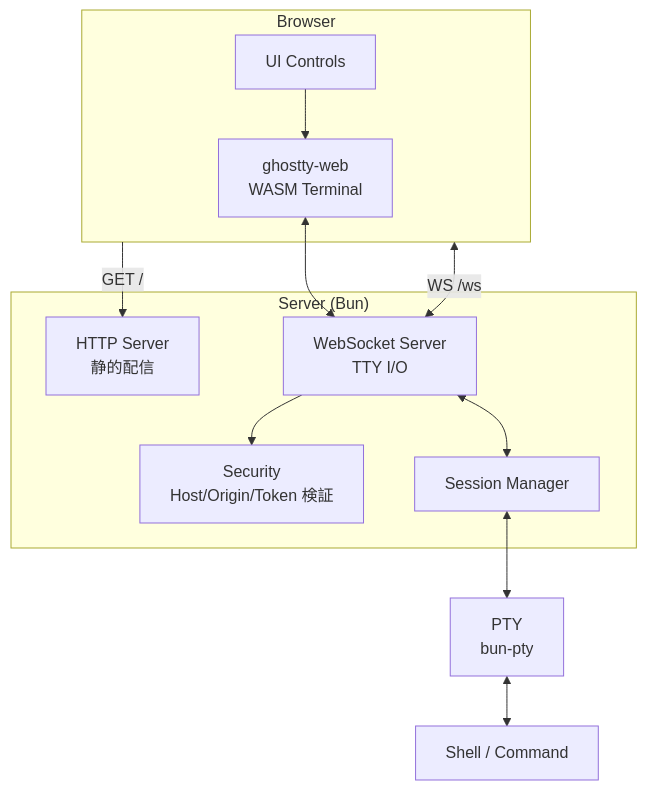
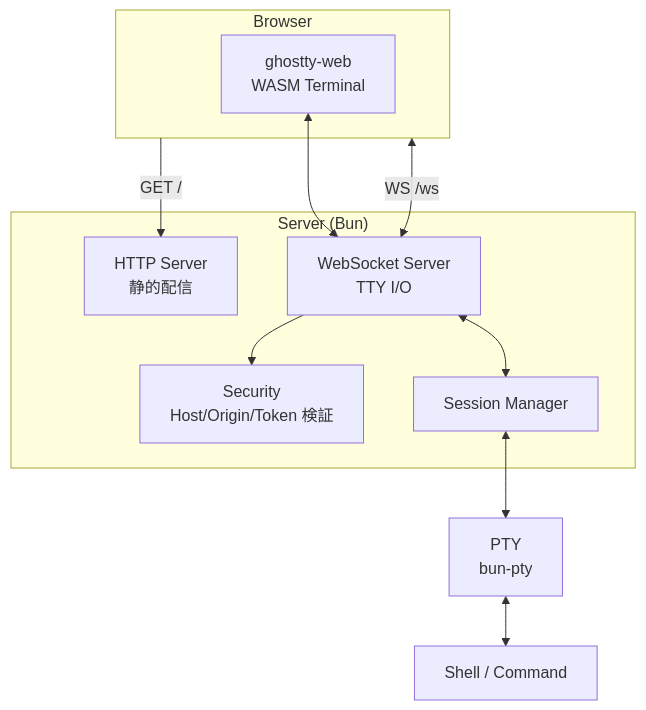
One commit to shuymn/kastty changed the first of 2 diagrams in docs/plans/2026-02-24-kastty-design.md. Above: the diagram before and after it, drawn with Mermaid. The commit also changed other lines of this file and 22 other files, not shown here.

````diff
--- a/docs/plans/2026-02-24-kastty-design.md
+++ b/docs/plans/2026-02-24-kastty-design.md
@@ -69,26 +69,24 @@
 ```mermaid
 graph TB
     subgraph Browser
-        UI[UI Controls]
         GW[ghostty-web<br/>WASM Terminal]
     end
 
     subgraph "Server (Bun)"
         HTTP[HTTP Server<br/>静的配信]
         WS[WebSocket Server<br/>TTY I/O]
         SEC[Security<br/>Host/Origin/Token 検証]
         SM[Session Manager]
     end
 
     PTY[PTY<br/>bun-pty]
     SHELL[Shell / Command]
 
     Browser -->|"GET /"| HTTP
     Browser <-->|"WS /ws"| WS
     WS --> SEC
     WS <--> SM
     SM <--> PTY
     PTY <--> SHELL
-    UI --> GW
     GW <--> WS
 ```
````
